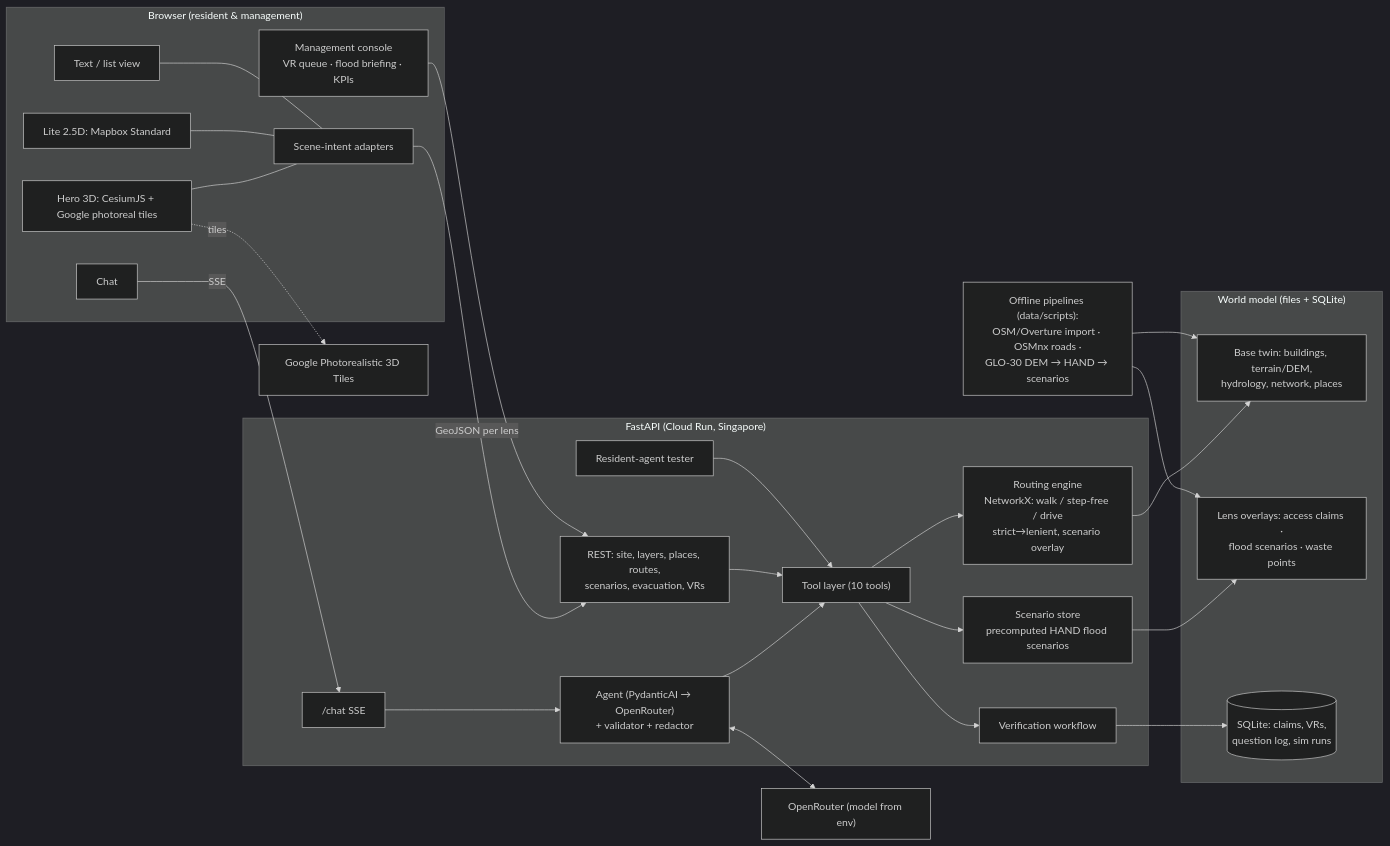
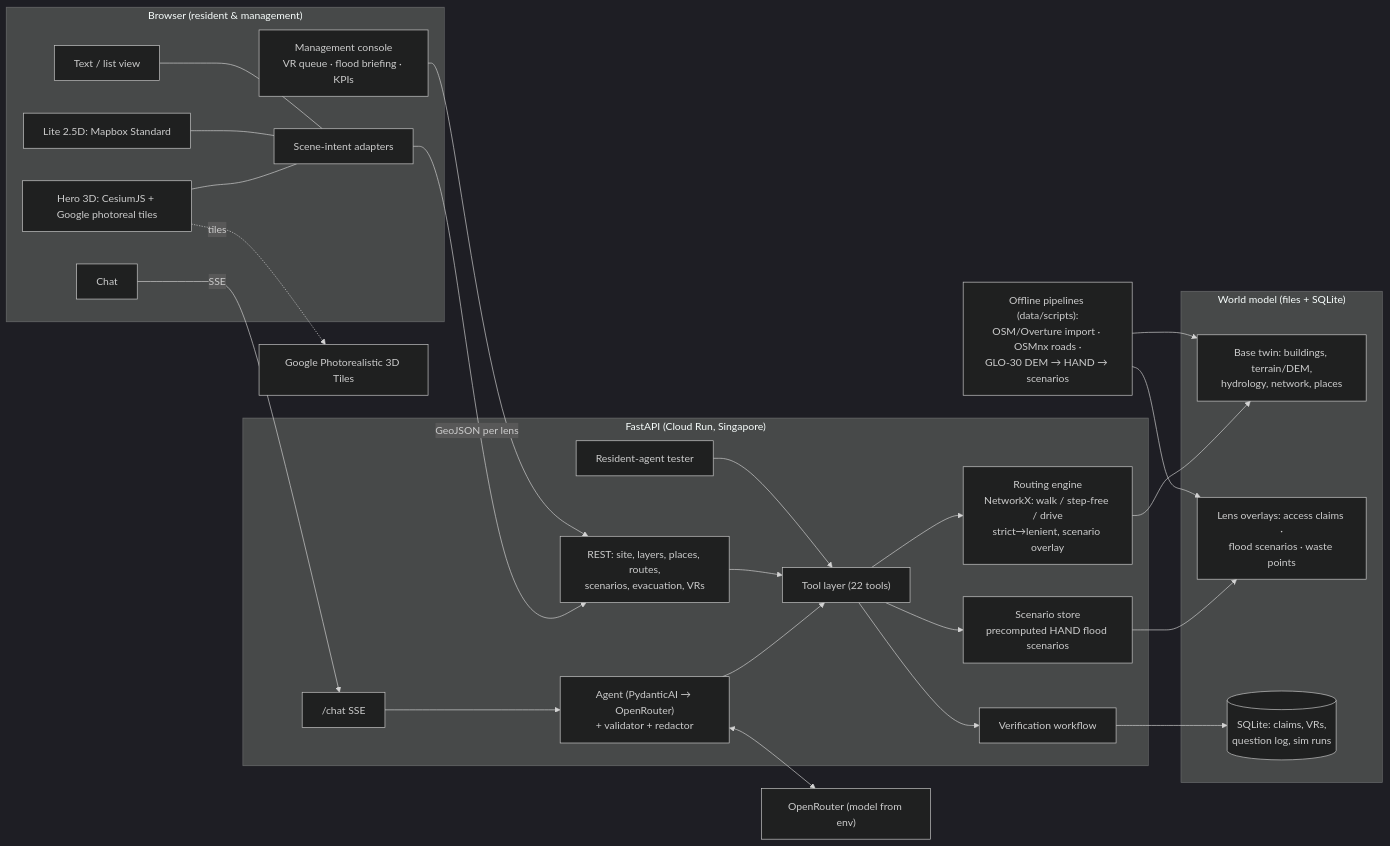
Before and after one commit to TIONYUNZHE2004/SunNewBee: the diagram in docs/04-architecture/README.md, drawn with Mermaid (dark theme). The commit also changed 14 other files, not shown here.

````diff
--- a/docs/04-architecture/README.md
+++ b/docs/04-architecture/README.md
@@ -8,45 +8,45 @@
 ```mermaid
 flowchart LR
   subgraph Browser["Browser (resident & management)"]
     HERO["Hero 3D: CesiumJS + Google photoreal tiles"]
     LITE["Lite 2.5D: Mapbox Standard"]
     LIST["Text / list view"]
     CHAT["Chat"]
     MGMT["Management console<br/>VR queue · flood briefing · KPIs"]
     ADP["Scene-intent adapters"]
     HERO --- ADP
     LITE --- ADP
     LIST --- ADP
   end
   subgraph API["FastAPI (Cloud Run, Singapore)"]
     REST["REST: site, layers, places, routes,<br/>scenarios, evacuation, VRs"]
     CH["/chat SSE"]
     AG["Agent (PydanticAI → OpenRouter)<br/>+ validator + redactor"]
-    TL["Tool layer (10 tools)"]
+    TL["Tool layer (22 tools)"]
     RT["Routing engine<br/>NetworkX: walk / step-free / drive<br/>strict→lenient, scenario overlay"]
     SC["Scenario store<br/>precomputed HAND flood scenarios"]
     VRQ["Verification workflow"]
     SIM["Resident-agent tester"]
   end
   subgraph Data["World model (files + SQLite)"]
     BASE["Base twin: buildings, terrain/DEM,<br/>hydrology, network, places"]
     LENS["Lens overlays: access claims ·<br/>flood scenarios · waste points"]
     DB[("SQLite: claims, VRs,<br/>question log, sim runs")]
   end
   PIPE["Offline pipelines (data/scripts):<br/>OSM/Overture import · OSMnx roads ·<br/>GLO-30 DEM → HAND → scenarios"]
   LLM["OpenRouter (model from env)"]
   G3D["Google Photorealistic 3D Tiles"]
 
   CHAT -- SSE --> CH --> AG --> TL
   AG <--> LLM
   ADP -- GeoJSON per lens --> REST
   HERO -. tiles .-> G3D
   MGMT --> REST
   REST --> TL
   TL --> RT --> BASE
   TL --> SC --> LENS
   TL --> VRQ --> DB
   SIM --> TL
   PIPE --> BASE
   PIPE --> LENS
 ```
````
